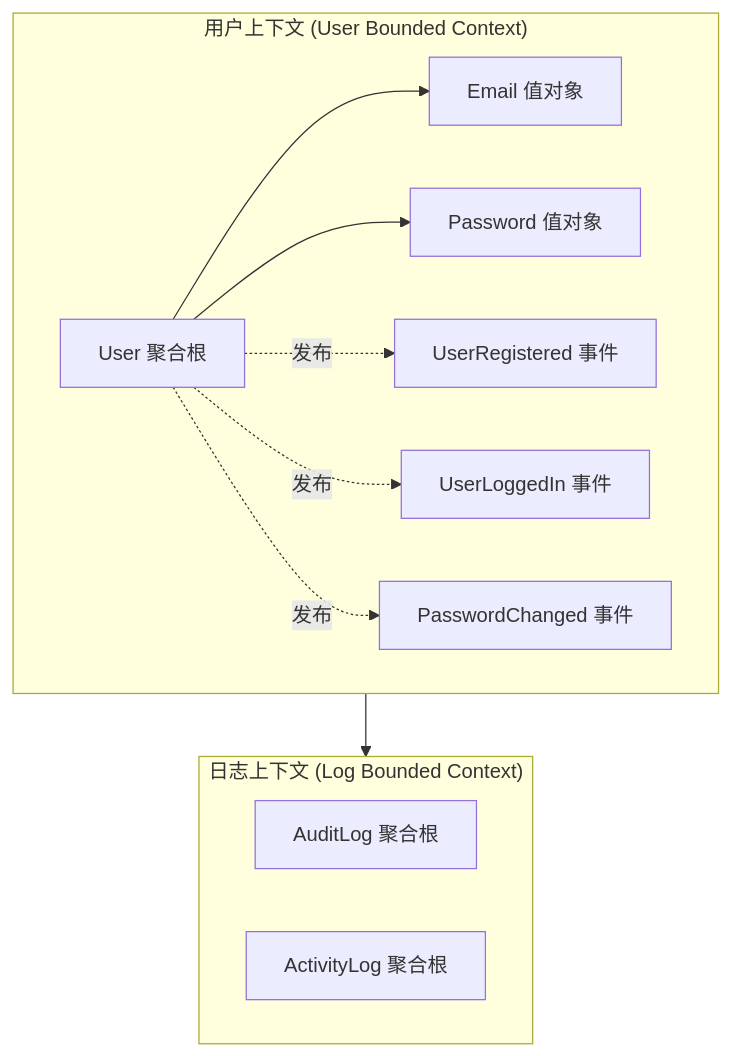
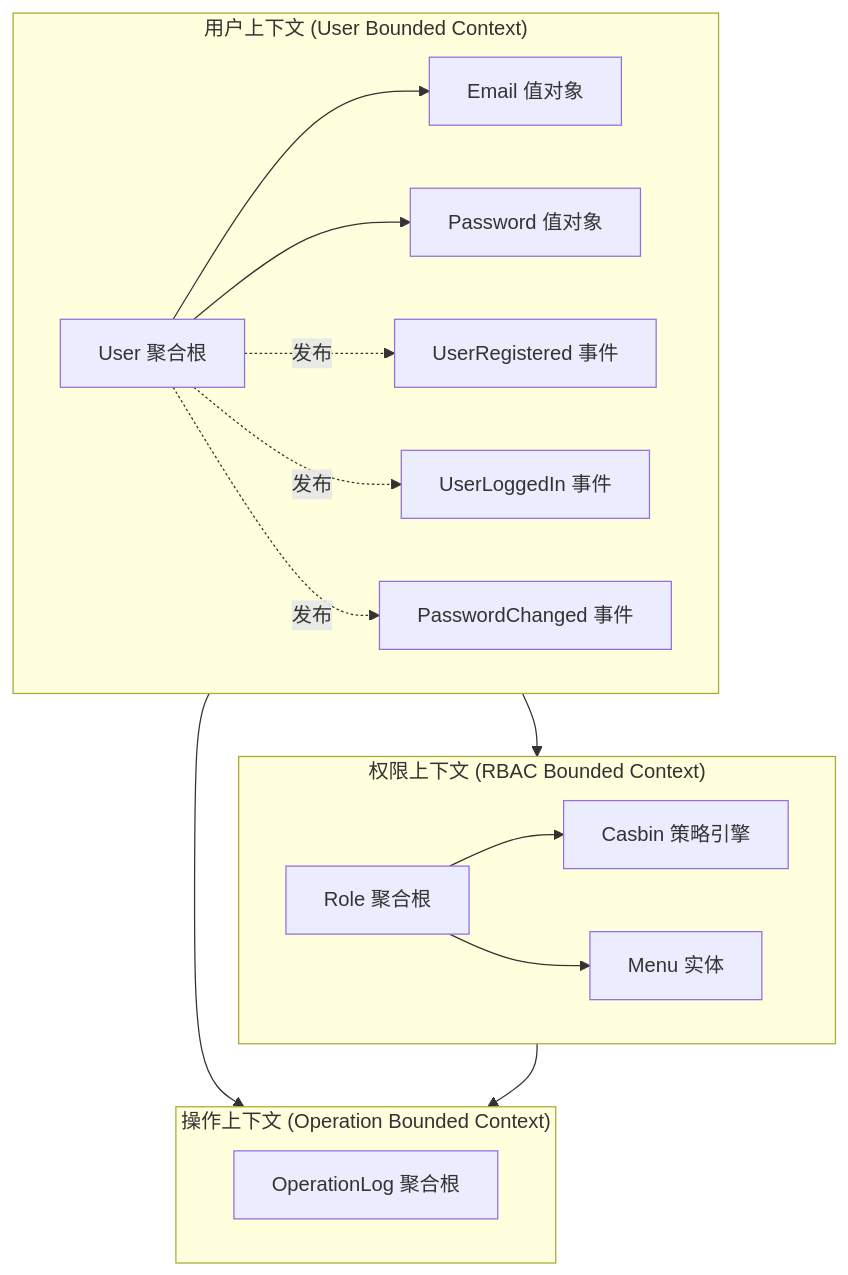
The first of 2 diagrams in docs/backend/architecture/DOMAIN_MODEL.md (shenfay/go-react-admin), drawn with Mermaid before and after one commit. The commit also changed other lines of this file and 8 other files, not shown here.

````diff
--- a/docs/backend/architecture/DOMAIN_MODEL.md
+++ b/docs/backend/architecture/DOMAIN_MODEL.md
@@ -17,26 +19,36 @@
 ```mermaid
 graph TB
     subgraph UserContext["用户上下文 (User Bounded Context)"]
         User[User 聚合根]
         Email[Email 值对象]
         Password[Password 值对象]
         
         User --> Email
         User --> Password
         
         UserRegistered[UserRegistered 事件]
         UserLoggedIn[UserLoggedIn 事件]
         PasswordChanged[PasswordChanged 事件]
         
         User -.发布.-> UserRegistered
         User -.发布.-> UserLoggedIn
         User -.发布.-> PasswordChanged
     end
     
-    subgraph LogContext["日志上下文 (Log Bounded Context)"]
-        AuditLog[AuditLog 聚合根]
-        ActivityLog[ActivityLog 聚合根]
+    subgraph RBACContext["权限上下文 (RBAC Bounded Context)"]
+        Role[Role 聚合根]
+        Menu[Menu 实体]
+        CasbinPolicy[Casbin 策略引擎]
+        
+        Role --> CasbinPolicy
+        Role --> Menu
     end
     
-    UserContext --> LogContext
+    subgraph OperationContext["操作上下文 (Operation Bounded Context)"]
+        OperationLog[OperationLog 聚合根]
+    end
+    
+    UserContext --> RBACContext
+    UserContext --> OperationContext
+    RBACContext --> OperationContext
 ```
````
